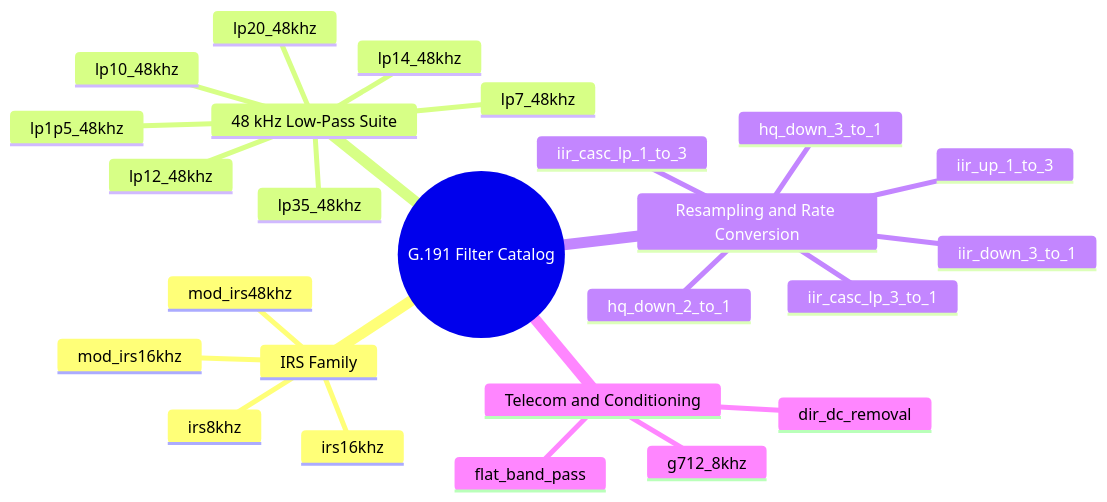
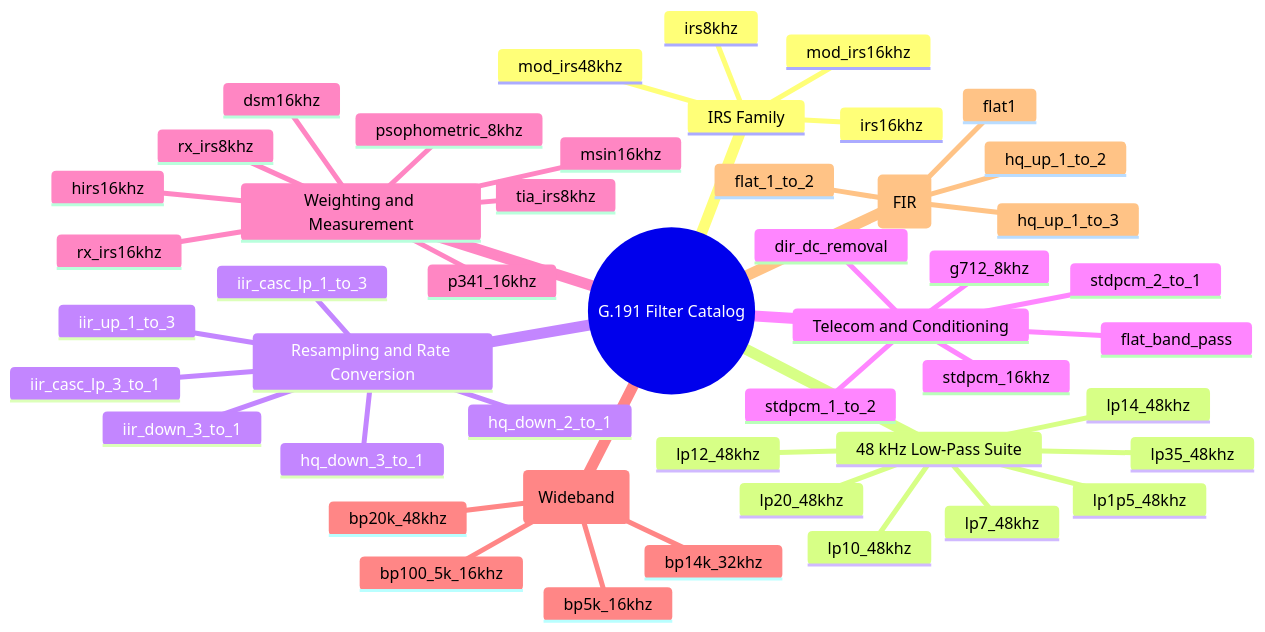
Before and after one commit to jr2804/g191-filter: the diagram in docs/reference/filters.md, drawn with Mermaid. The commit also changed other lines of this file and 39 other files, not shown here.

````diff
--- a/docs/reference/filters.md
+++ b/docs/reference/filters.md
@@ -12,28 +12,50 @@
 ```mermaid
 mindmap
   root((G.191 Filter Catalog))
     IRS Family
       irs8khz
       irs16khz
       mod_irs16khz
       mod_irs48khz
     48 kHz Low-Pass Suite
       lp1p5_48khz
       lp35_48khz
       lp7_48khz
       lp10_48khz
       lp12_48khz
       lp14_48khz
       lp20_48khz
     Resampling and Rate Conversion
       hq_down_2_to_1
       hq_down_3_to_1
       iir_down_3_to_1
       iir_up_1_to_3
       iir_casc_lp_3_to_1
       iir_casc_lp_1_to_3
     Telecom and Conditioning
       flat_band_pass
       g712_8khz
       dir_dc_removal
+      stdpcm_16khz
+      stdpcm_2_to_1
+      stdpcm_1_to_2
+    Weighting and Measurement
+      msin16khz
+      psophometric_8khz
+      dsm16khz
+      hirs16khz
+      tia_irs8khz
+      rx_irs8khz
+      rx_irs16khz
+      p341_16khz
+    Band-Pass (Wideband)
+      bp5k_16khz
+      bp100_5k_16khz
+      bp14k_32khz
+      bp20k_48khz
+    Upsampling (FIR)
+      hq_up_1_to_2
+      hq_up_1_to_3
+      flat_1_to_2
+      flat1
 ```
````
